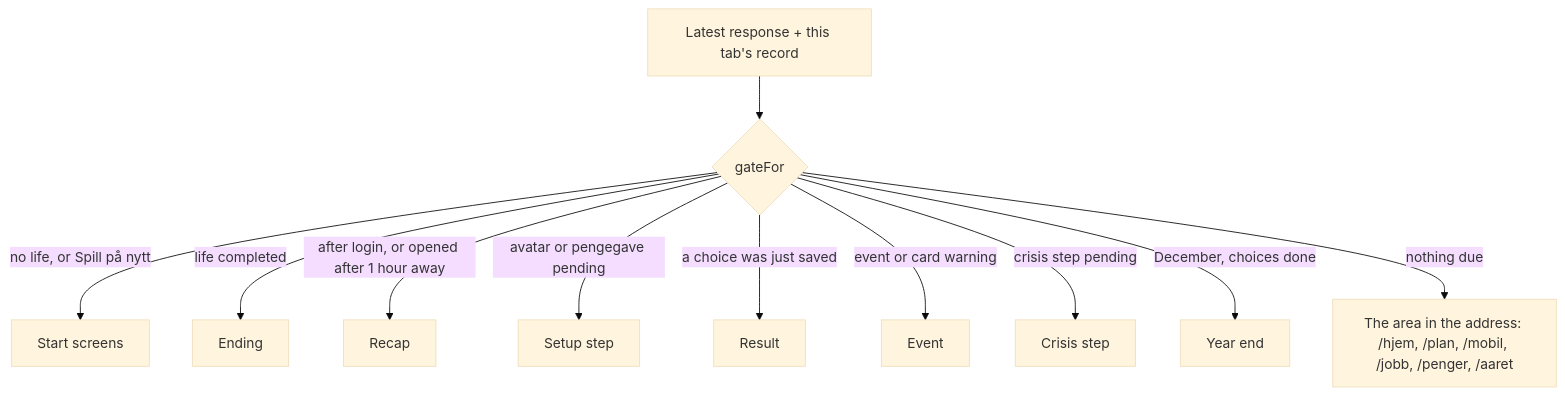
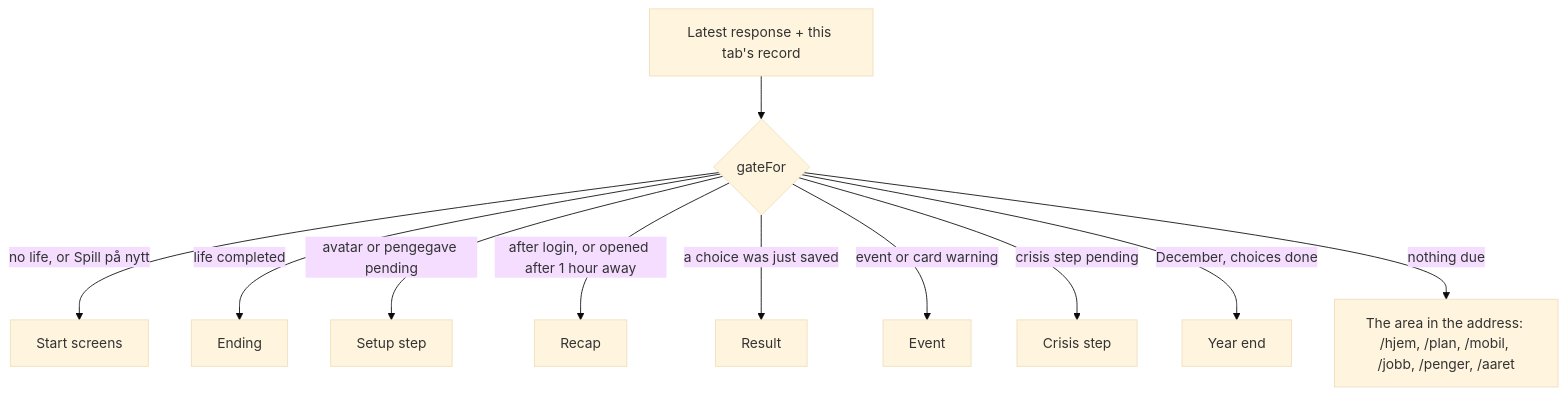
The fourth of 4 diagrams in .docs/planning-artifacts/architecture/architecture-IBE160-G13-2026-11-09/SOLUTION-DESIGN.md (IBE160-2026/G13-dahl-eggen-naess-ring), drawn with Mermaid (base theme) before and after one commit. The commit also changed other lines of this file and 2 other files, not shown here.

````diff
--- a/.docs/planning-artifacts/architecture/architecture-IBE160-G13-2026-11-09/SOLUTION-DESIGN.md
+++ b/.docs/planning-artifacts/architecture/architecture-IBE160-G13-2026-11-09/SOLUTION-DESIGN.md
@@ -180,13 +180,13 @@
 ```mermaid
 flowchart TD
     R[Latest response + this tab's record] --> G{gateFor}
     G -->|no life, or Spill på nytt| S[Start screens]
     G -->|life completed| EN[Ending]
+    G -->|avatar or pengegave pending| SU[Setup step]
     G -->|after login, or opened after 1 hour away| RC[Recap]
-    G -->|avatar or pengegave pending| SU[Setup step]
     G -->|a choice was just saved| RS[Result]
     G -->|event or card warning| EV[Event]
     G -->|crisis step pending| CR[Crisis step]
     G -->|December, choices done| YE[Year end]
     G -->|nothing due| AR[The area in the address: /hjem, /plan, /mobil, /jobb, /penger, /aaret]
 ```
````
